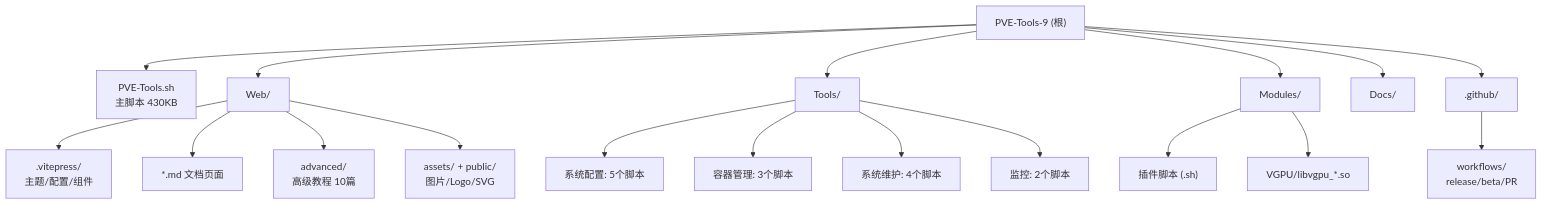
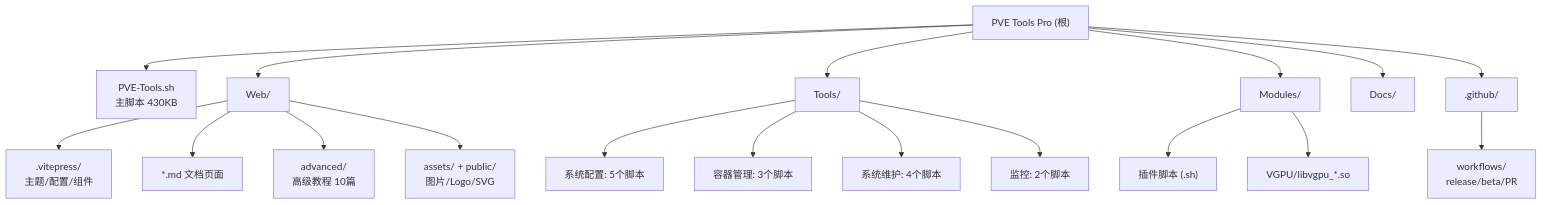
Before and after one commit to Mapleawaa/PVE-Tools-9: the second of 2 diagrams in CLAUDE.md, drawn with Mermaid. The commit also changed other lines of this file and 28 other files, not shown here.

First line of the commit message:
docs: 统一将项目名称从PVE-Tools-9更新为PVE Tools Pro

````diff
--- a/CLAUDE.md
+++ b/CLAUDE.md
@@ -49,29 +49,29 @@
 ```mermaid
 graph TD
-    ROOT["PVE-Tools-9 (根)"] --> MAIN["PVE-Tools.sh<br/>主脚本 430KB"]
+    ROOT["PVE Tools Pro (根)"] --> MAIN["PVE-Tools.sh<br/>主脚本 430KB"]
     ROOT --> WEB["Web/"]
     ROOT --> TOOLS["Tools/"]
     ROOT --> MODS["Modules/"]
     ROOT --> DOCS["Docs/"]
     ROOT --> GHA[".github/"]
 
     WEB --> VITEPRESS[".vitepress/<br/>主题/配置/组件"]
     WEB --> PAGES["*.md 文档页面"]
     WEB --> ADVANCED["advanced/<br/>高级教程 10篇"]
     WEB --> ASSETS["assets/ + public/<br/>图片/Logo/SVG"]
 
     TOOLS --> SYS["系统配置: 5个脚本"]
     TOOLS --> LXC["容器管理: 3个脚本"]
     TOOLS --> MAINT["系统维护: 4个脚本"]
     TOOLS --> MONITOR["监控: 2个脚本"]
 
     MODS --> PLUGINS["插件脚本 (.sh)"]
     MODS --> VGPU["VGPU/libvgpu_*.so"]
 
     GHA --> WF["workflows/<br/>release/beta/PR"]
 
     click ROOT "./CLAUDE.md" "返回根文档"
     click WEB "./Web/CLAUDE.md" "查看 Web 模块文档"
     click TOOLS "./Tools/CLAUDE.md" "查看 Tools 模块文档"
     click MODS "./Modules/CLAUDE.md" "查看 Modules 模块文档"
 ```
````
